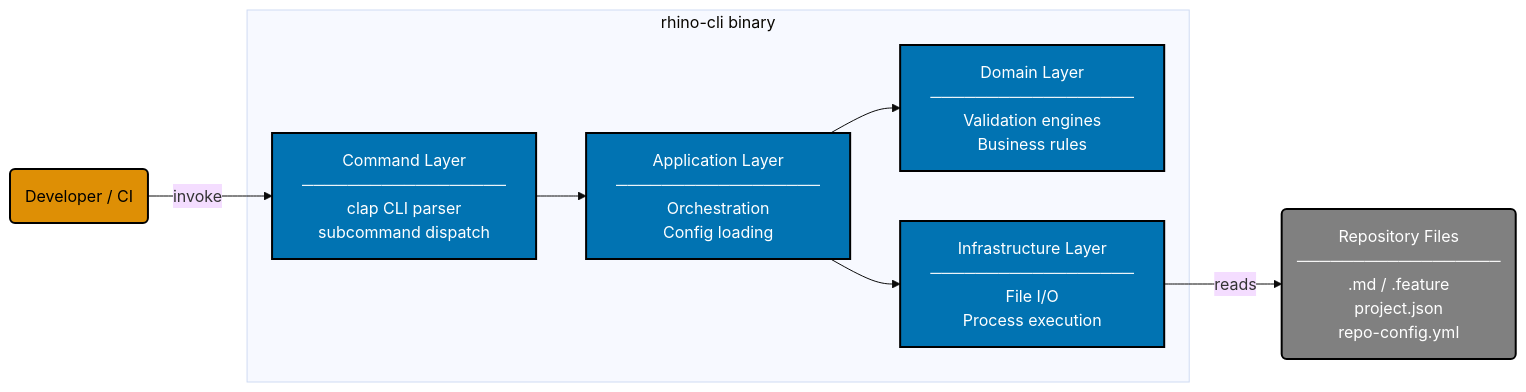
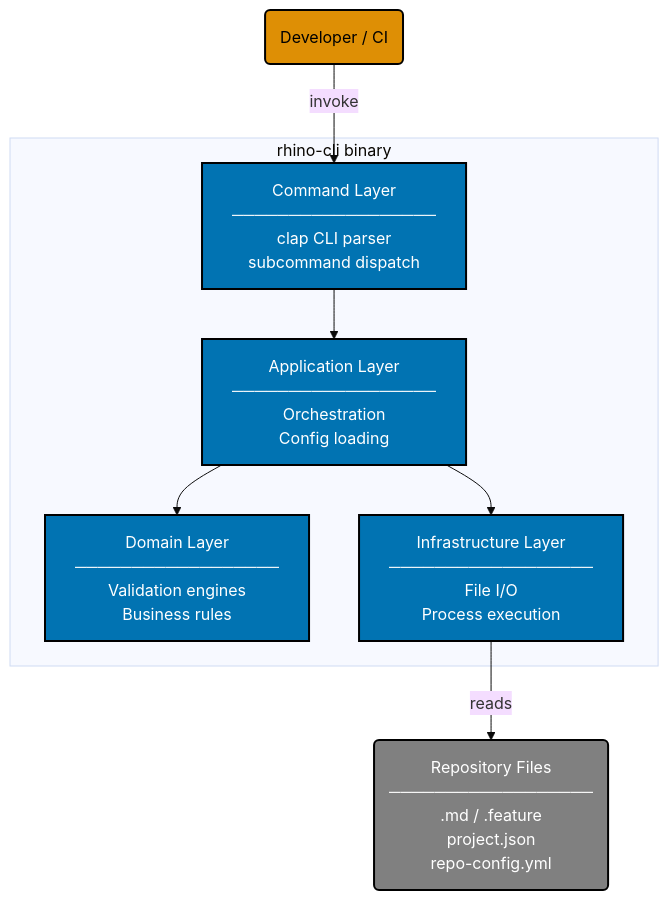
The diagram in specs/apps/rhino/containers/container.md (wahidyankf/ose-primer), drawn with Mermaid (base theme) before and after one commit. The commit also changed 4 other files, not shown here.

First line of the commit message:
fix(docs): remediate mermaid violations surfaced by the detect_kind fix

````diff
--- a/specs/apps/rhino/containers/container.md
+++ b/specs/apps/rhino/containers/container.md
@@ -5,24 +5,25 @@
 ```mermaid
 %% Color Palette: Blue #0173B2 | Orange #DE8F05 | Teal #029E73 | Purple #CC78BC | Brown #CA9161 | Gray #808080
-graph LR
+%% TD required: the LR call chain (DEV → CMD → APP → INF → REPO) is 5 deep, exceeding MaxWidth=4; TD moves depth onto the unchecked vertical axis
+graph TD
     DEV("Developer / CI"):::actor
 
     subgraph RHINOCLI["rhino-cli binary"]
         CMD["Command Layer<br/>──────────────────<br/>clap CLI parser<br/>subcommand dispatch"]:::container
         APP["Application Layer<br/>──────────────────<br/>Orchestration<br/>Config loading"]:::container
         DOM["Domain Layer<br/>──────────────────<br/>Validation engines<br/>Business rules"]:::container
         INF["Infrastructure Layer<br/>──────────────────<br/>File I/O<br/>Process execution"]:::container
     end
 
     REPO("Repository Files<br/>──────────────────<br/>.md / .feature<br/>project.json<br/>repo-config.yml"):::external
 
     DEV -->|"invoke"| CMD
     CMD --> APP
     APP --> DOM
     APP --> INF
     INF -->|"reads"| REPO
 
     classDef actor fill:#DE8F05,stroke:#000000,color:#000000,stroke-width:2px
     classDef container fill:#0173B2,stroke:#000000,color:#FFFFFF,stroke-width:2px
     classDef external fill:#808080,stroke:#000000,color:#FFFFFF,stroke-width:2px
 ```
````
